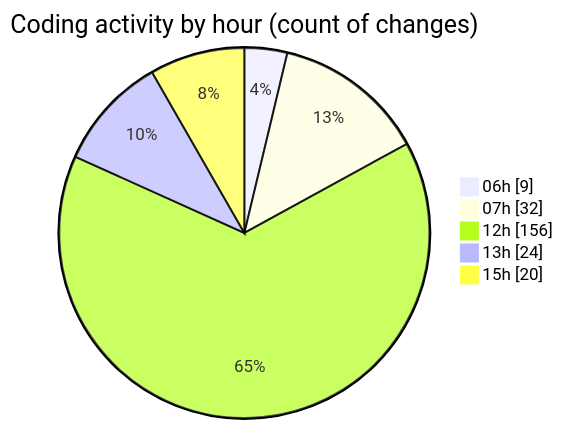
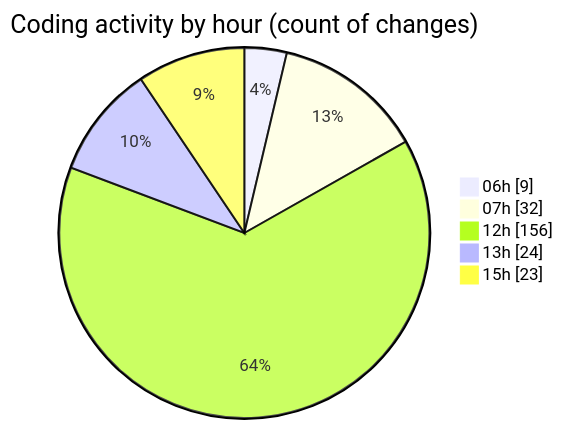
Before and after one commit to robertbonfada/code-tracking: the second of 2 diagrams in 2025-02-18/mbc-web/README.md, drawn with Mermaid. The commit also changed other lines of this file and 1 other file, not shown here.

````diff
--- a/2025-02-18/mbc-web/README.md
+++ b/2025-02-18/mbc-web/README.md
@@ -146,9 +146,9 @@
 ```mermaid
 pie showData
 title Coding activity by hour (count of changes)
 "06h" : 9
 "07h" : 32
 "12h" : 156
 "13h" : 24
-"15h" : 20
+"15h" : 23
 ```
````
